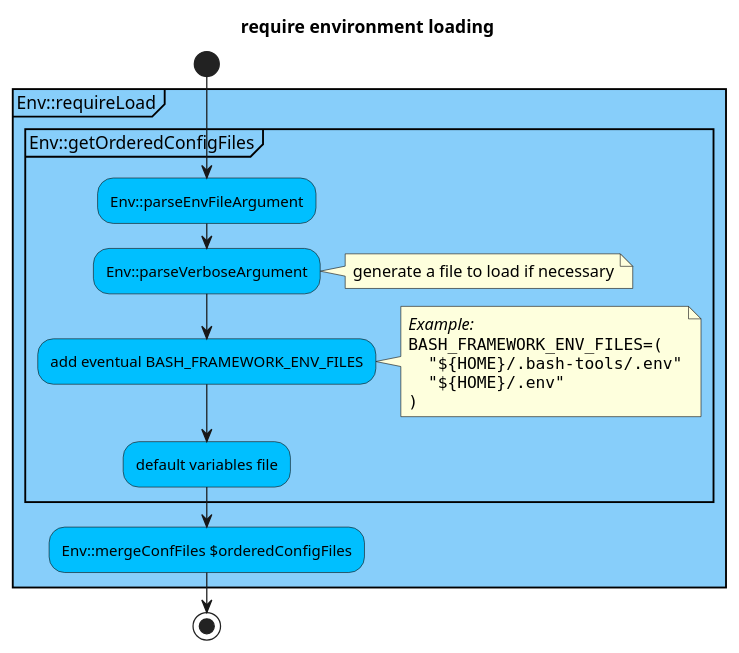
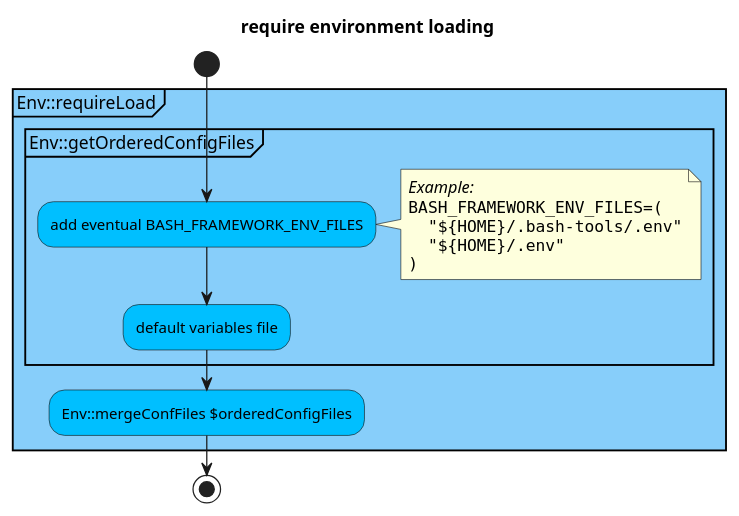
Before and after one commit to fchastanet/bash-tools-framework: the diagram in src/Env/activityDiagram.puml, drawn with PlantUML. The commit also changed 25 other files, not shown here.

Commit message:
global option --env-file global option --theme removed Env::parseVerboseArg removed Env::parseEnvFileArg

```diff
--- a/src/Env/activityDiagram.puml
+++ b/src/Env/activityDiagram.puml
@@ -1,37 +1,32 @@
 @startuml "envRequireLoad"
 title require environment loading
 skinparam {
   ' https://github.com/plantuml/plantuml/blob/49115dfc7d4156961e5b49a81c09b474daa79823/src/net/sourceforge/plantuml/style/FromSkinparamToStyle.java#L145
   activityDiamondBackgroundColor #AAAAAA
   activityEndColor #red
 }
 
 start
 
 partition "Env::requireLoad" #LightSkyBlue {
 
   partition "Env::getOrderedConfigFiles" #LightSkyBlue {
-    #DeepSkyBlue:Env::parseEnvFileArgument;
-
-    #DeepSkyBlue:Env::parseVerboseArgument;
-    note right: generate a file to load if necessary
-
     #DeepSkyBlue:add eventual BASH_FRAMEWORK_ENV_FILES;
     note right
     //Example://
     <code>
     BASH_FRAMEWORK_ENV_FILES=(
       "${HOME}/.bash-tools/.env"
       "${HOME}/.env"
     )
     </code>
     endnote
 
     #DeepSkyBlue:default variables file;
   }
 
   #DeepSkyBlue:Env::mergeConfFiles $orderedConfigFiles;
 }
 
 stop
 @enduml
```
